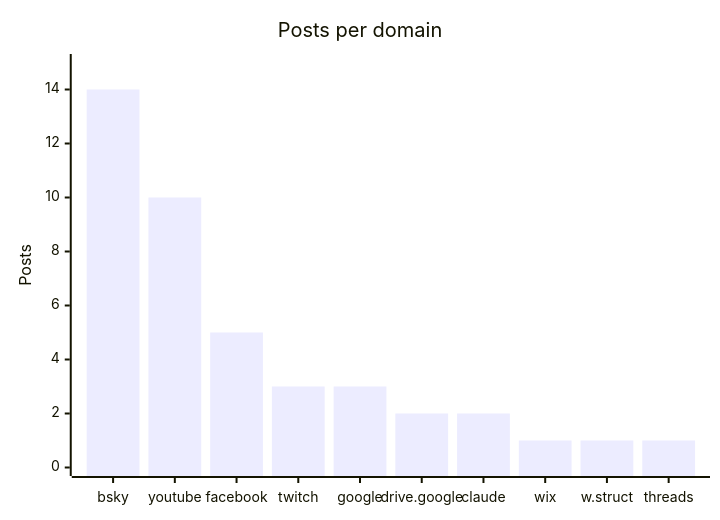
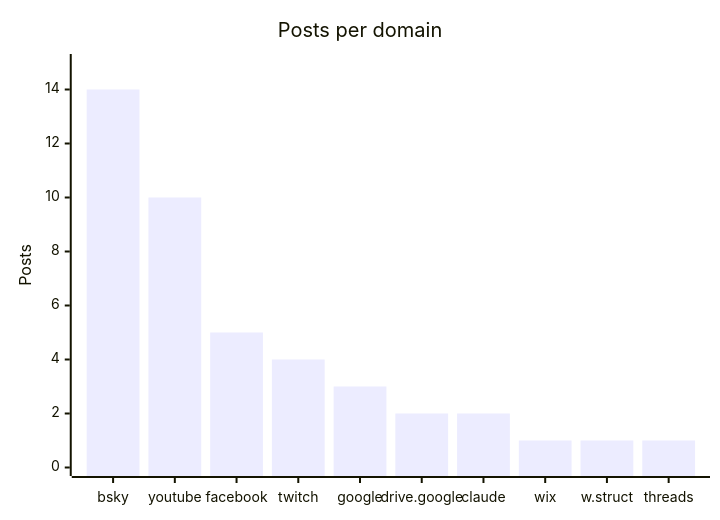
One commit to martinbalfanz/social-scanner-reports changed the fourth of 4 diagrams in README.md. Above: the diagram before and after it, drawn with Mermaid. The commit also changed other lines of this file and 2 other files, not shown here.

````diff
--- a/README.md
+++ b/README.md
@@ -58,7 +58,7 @@
 ```mermaid
 xychart-beta
     title "Posts per domain"
     x-axis ["bsky", "youtube", "facebook", "twitch", "google", "drive.google", "claude", "wix", "w.struct", "threads"]
     y-axis "Posts" 0 --> 15
-    bar [14, 10, 5, 3, 3, 2, 2, 1, 1, 1]
+    bar [14, 10, 5, 4, 3, 2, 2, 1, 1, 1]
 ```
````
